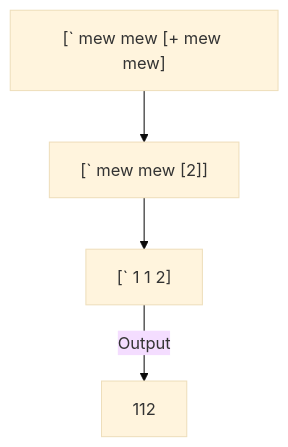
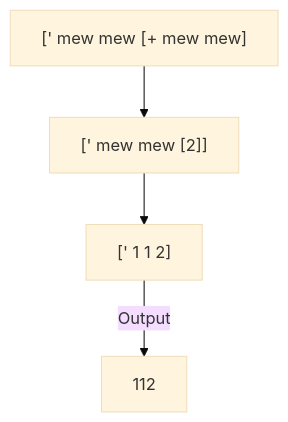
The first of 2 diagrams in src/numbers.md (bauripalash/mewlbook), drawn with Mermaid (base theme) before and after one commit. The commit also changed other lines of this file and 4 other files, not shown here.

````diff
--- a/src/numbers.md
+++ b/src/numbers.md
@@ -46,6 +44,6 @@
 ```mermaid
 flowchart TD;
-    A["[` mew mew [+ mew mew]"] --> B["[` mew mew [2]]"]
-    B-->C["[` 1 1 2]"]
-    C -- Output --> D[112]
+    A["[' mew mew [+ mew mew]"] --> B["[' mew mew [2]]"]
+    B-->C["[' 1 1 2]"]
+    C -- Output --> D[112]
 ```
````
